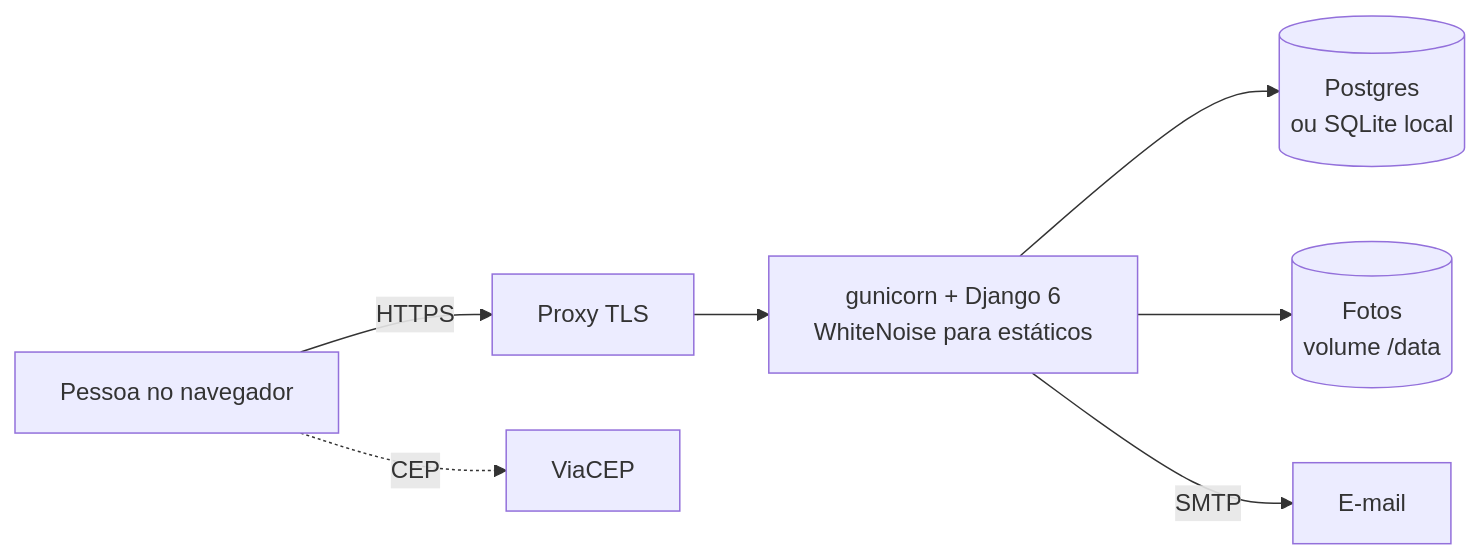
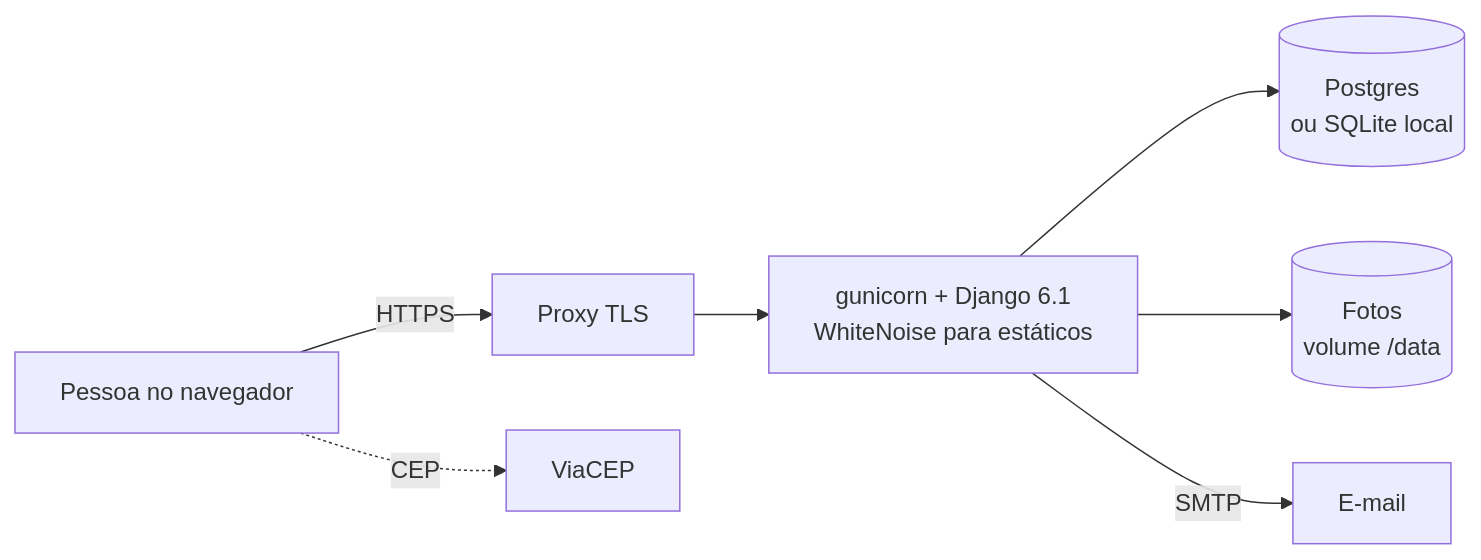
One commit to edududs/Adote changed the diagram in README.md. Above: the diagram before and after it, drawn with Mermaid. The commit also changed other lines of this file and 24 other files, not shown here.

````diff
--- a/README.md
+++ b/README.md
@@ -44,9 +56,9 @@
 ```mermaid
 flowchart LR
     P[Pessoa no navegador] -->|HTTPS| X[Proxy TLS]
-    X --> G[gunicorn + Django 6<br/>WhiteNoise para estáticos]
+    X --> G[gunicorn + Django 6.1<br/>WhiteNoise para estáticos]
     G --> DB[(Postgres<br/>ou SQLite local)]
     G --> M[(Fotos<br/>volume /data)]
     G -->|SMTP| E[E-mail]
     P -.CEP.-> V[ViaCEP]
 ```
````
